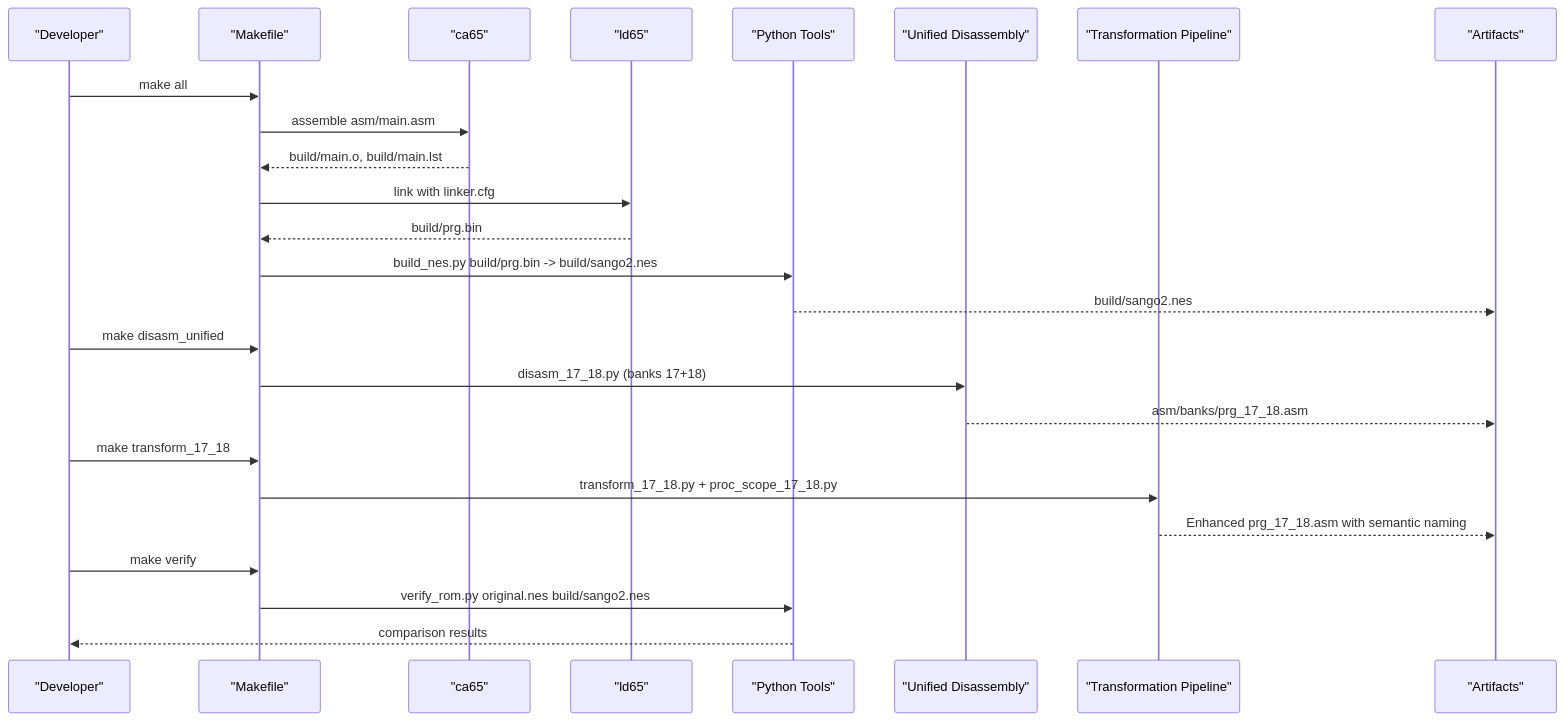
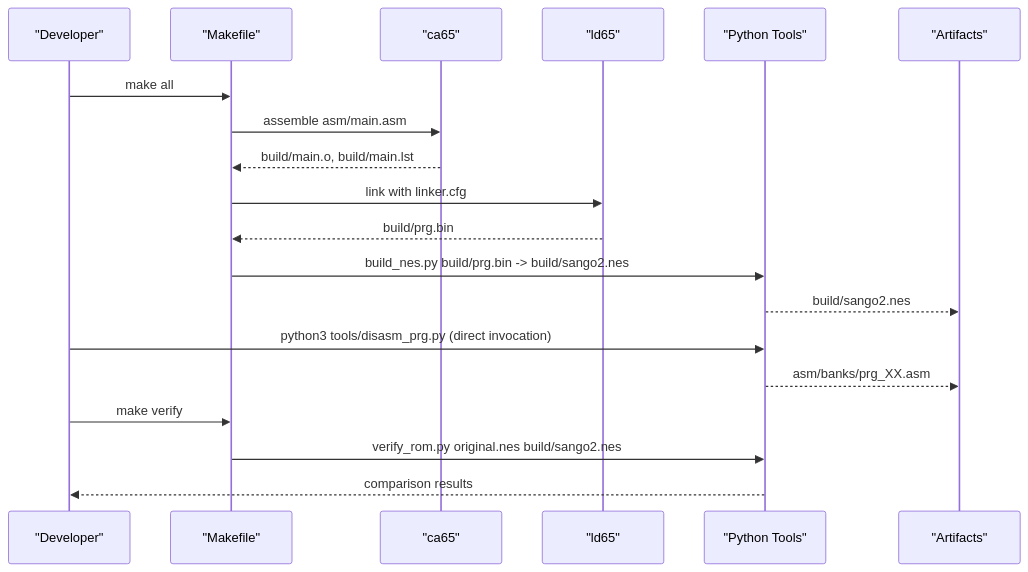
One commit to rabbyzero/sango2dasm changed the second of 3 diagrams in .qoder/repowiki/en/content/Build System and Tools/Makefile Targets and Usage.md. Above: the diagram before and after it, drawn with Mermaid. The commit also changed other lines of this file and 12 other files, not shown here.

````diff
--- a/.qoder/repowiki/en/content/Build System and Tools/Makefile Targets and Usage.md
+++ b/.qoder/repowiki/en/content/Build System and Tools/Makefile Targets and Usage.md
@@ -115,27 +102,21 @@
 ```mermaid
 sequenceDiagram
 participant Dev as "Developer"
 participant MK as "Makefile"
 participant CA as "ca65"
 participant LD as "ld65"
 participant PY as "Python Tools"
-participant UNI as "Unified Disassembly"
-participant TRANS as "Transformation Pipeline"
 participant OUT as "Artifacts"
 Dev->>MK : make all
 MK->>CA : assemble asm/main.asm
 CA-->>MK : build/main.o, build/main.lst
 MK->>LD : link with linker.cfg
 LD-->>MK : build/prg.bin
 MK->>PY : build_nes.py build/prg.bin -> build/sango2.nes
 PY-->>OUT : build/sango2.nes
-Dev->>MK : make disasm_unified
-MK->>UNI : disasm_17_18.py (banks 17+18)
-UNI-->>OUT : asm/banks/prg_17_18.asm
-Dev->>MK : make transform_17_18
-MK->>TRANS : transform_17_18.py + proc_scope_17_18.py
-TRANS-->>OUT : Enhanced prg_17_18.asm with semantic naming
+Dev->>PY : python3 tools/disasm_prg.py (direct invocation)
+PY-->>OUT : asm/banks/prg_XX.asm
 Dev->>MK : make verify
 MK->>PY : verify_rom.py original.nes build/sango2.nes
 PY-->>Dev : comparison results
 ```
````
